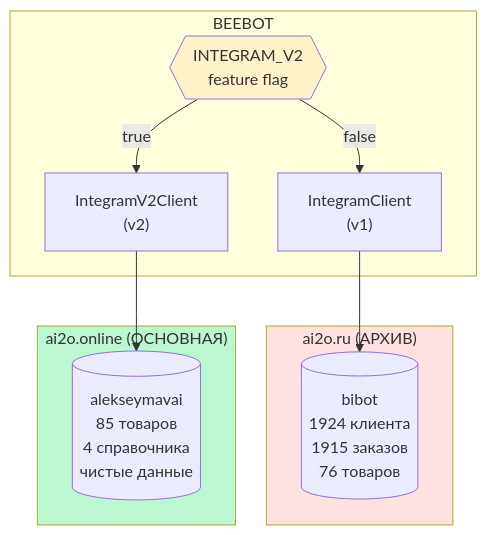
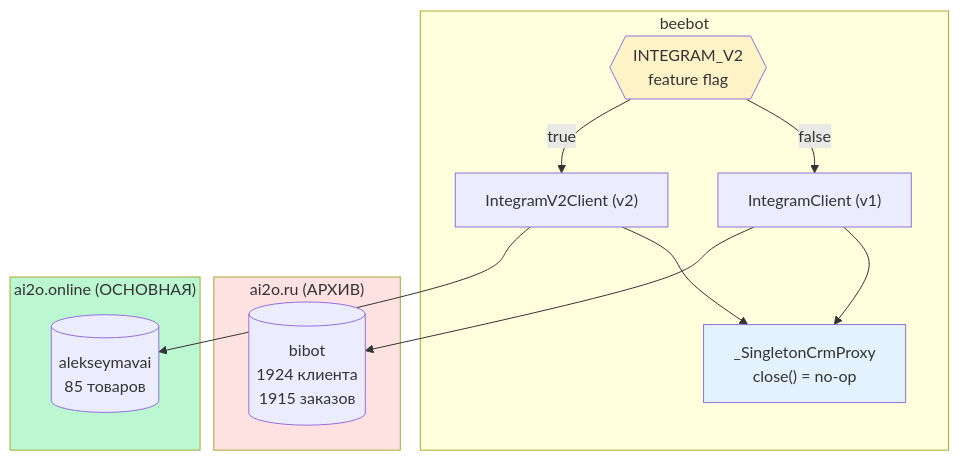
Before and after one commit to alekseymavai/BEEBOT: the tenth of 15 diagrams in docs/architecture.md, drawn with Mermaid. The commit also changed other lines of this file and 42 other files, not shown here.

First line of the commit message:
feat(crm-v2+orders): merge upstream refactor + редактирование заказов

````diff
--- a/docs/architecture.md
+++ b/docs/architecture.md
@@ -170,23 +421,26 @@
 ```mermaid
 graph TB
-    subgraph APP["BEEBOT"]
+    subgraph APP["beebot"]
         FF{{"INTEGRAM_V2<br/>feature flag"}}
-        V1_CL["IntegramClient<br/>(v1)"]
-        V2_CL["IntegramV2Client<br/>(v2)"]
+        V1_CL["IntegramClient (v1)"]
+        V2_CL["IntegramV2Client (v2)"]
+        PROXY["_SingletonCrmProxy<br/>close() = no-op"]
     end
 
     subgraph V1["ai2o.ru (АРХИВ)"]
-        V1_DB[("bibot<br/>1924 клиента<br/>1915 заказов<br/>76 товаров")]
+        V1_DB[("bibot<br/>1924 клиента<br/>1915 заказов")]
     end
 
     subgraph V2["ai2o.online (ОСНОВНАЯ)"]
-        V2_DB[("alekseymavai<br/>85 товаров<br/>4 справочника<br/>чистые данные")]
+        V2_DB[("alekseymavai<br/>85 товаров")]
     end
 
     FF -->|"true"| V2_CL --> V2_DB
     FF -->|"false"| V1_CL --> V1_DB
+    V1_CL & V2_CL --> PROXY
 
     style V1 fill:#fee2e2
     style V2 fill:#bbf7d0
     style FF fill:#fef3c7
+    style PROXY fill:#e3f2fd
 ```
````
